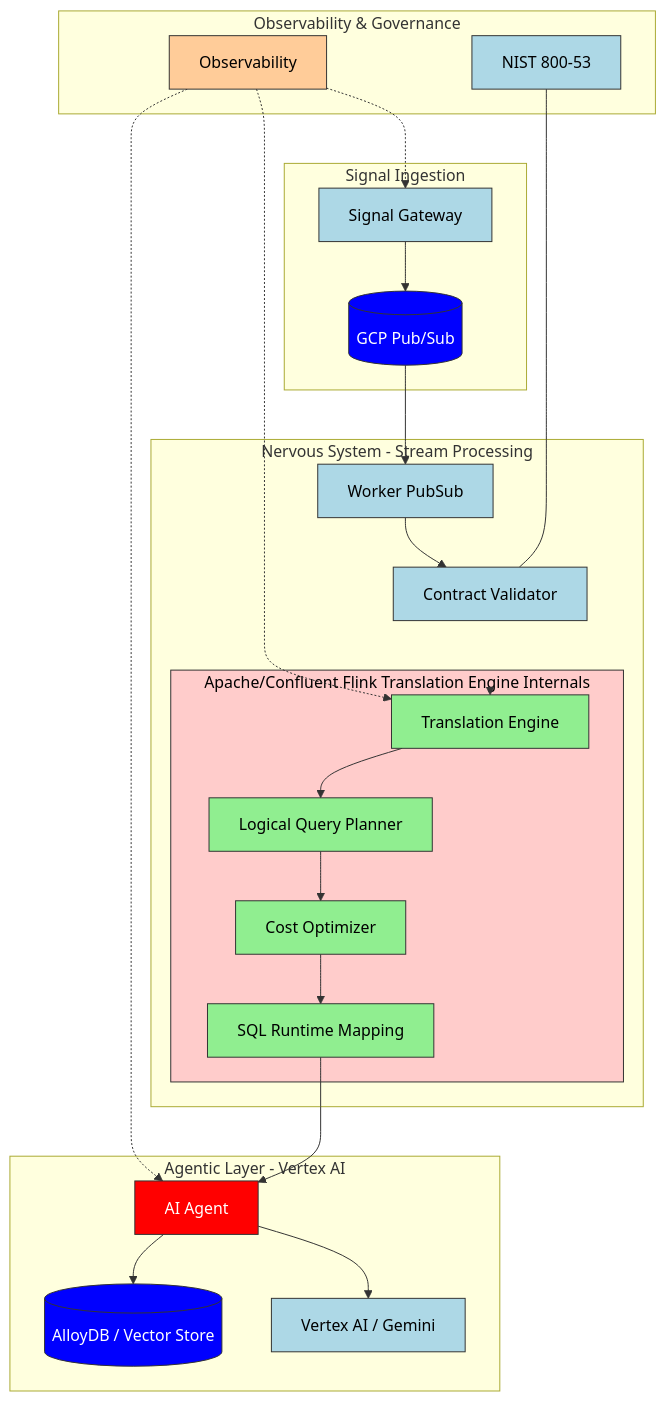
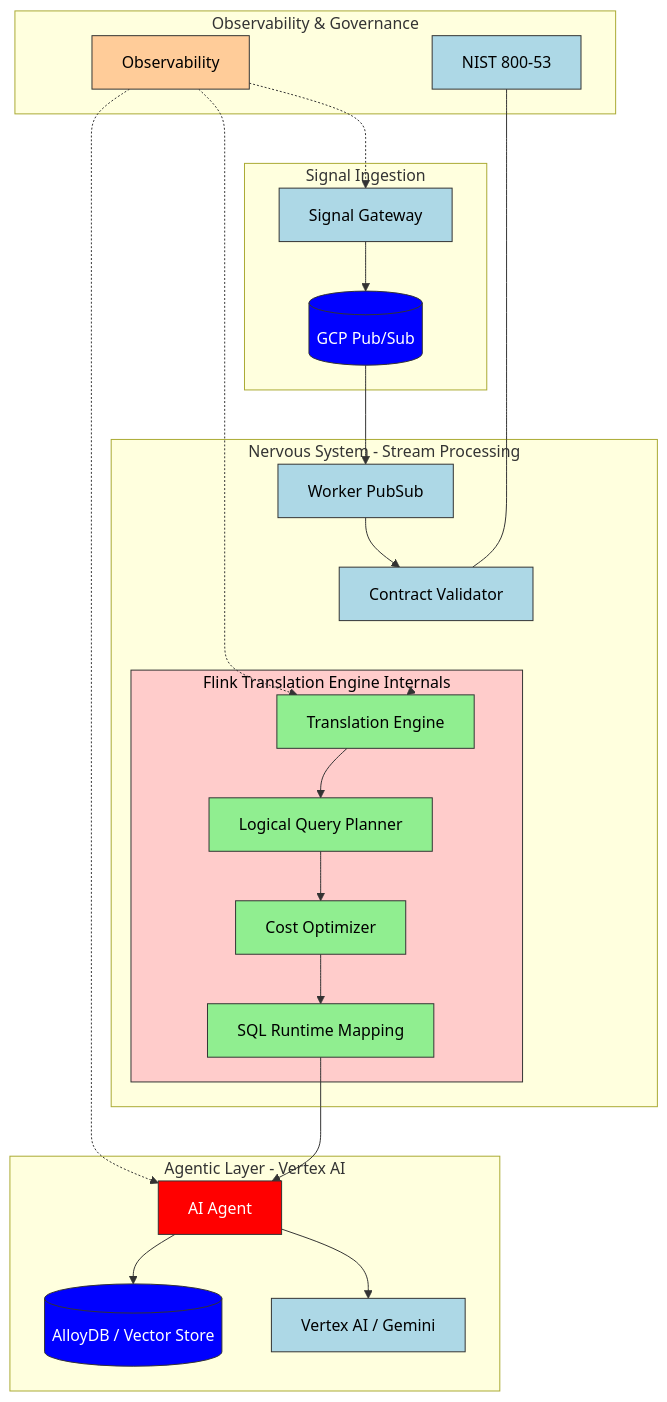
Before and after one commit to siralfbaez/mia-agentic-data-nervous-system-kfg-v3: the diagram in README.md, drawn with Mermaid.

Commit message:
Quick architectural correction

````diff
--- a/README.md
+++ b/README.md
@@ -11,61 +11,58 @@
 ```mermaid
 graph TD
     subgraph SI [Signal Ingestion]
         SG[Signal Gateway] --> PS[(GCP Pub/Sub)]
     end
 
     subgraph NS [Nervous System - Stream Processing]
         PS --> WP[Worker PubSub]
         WP --> CV[Contract Validator]
         CV --> TE[Translation Engine]
         
         %% Invisible spacer to push the subgraph down
-        TE ~~~ spacer[ ]
+            TE ~~~ spacer[ ]
         linkStyle 3 stroke-width:0px;
         style spacer fill:none,stroke:none,color:none
-        TE ~~~ spacer[ ] 
-        subgraph FTI [Apache/Confluent Flink Translation Engine Internals]
-        TE ~~~ spacer[ ] 
-        TE ~~~ spacer[ ] 
-        TE ~~~ spacer[ ] 
+            TE ~~~ spacer[ ] 
+        subgraph FTI [Flink Translation Engine Internals]
             TE --> Planner[Logical Query Planner]
             Planner --> Optimizer[Cost Optimizer]
             Optimizer --> Runtime[SQL Runtime Mapping]
         end
     end
 
     subgraph AL [Agentic Layer - Vertex AI]
         Runtime --> AA[AI Agent]
         AA --> VAI[Vertex AI / Gemini]
         AA --> ADB[(AlloyDB / Vector Store)]
     end
 
     subgraph OG [Observability & Governance]
         Obs[Observability] -.-> SG
         Obs -.-> TE
         Obs -.-> AA
         Compliance[NIST 800-53] --- CV
     end
 
     %% Styling
     style SG fill:#add8e6,stroke:#333,color:#000
     style WP fill:#add8e6,stroke:#333,color:#000
     style CV fill:#add8e6,stroke:#333,color:#000
     style VAI fill:#add8e6,stroke:#333,color:#000
     style Compliance fill:#add8e6,stroke:#333,color:#000
     
     style Obs fill:#ffcc99,stroke:#333,color:#000
     
     style TE fill:#90ee90,stroke:#333,color:#000
     style Planner fill:#90ee90,stroke:#333,color:#000
     style Optimizer fill:#90ee90,stroke:#333,color:#000
     style Runtime fill:#90ee90,stroke:#333,color:#000
     
     style AA fill:#ff0000,stroke:#333,color:#fff
     style PS fill:#0000ff,stroke:#333,color:#fff
     style ADB fill:#0000ff,stroke:#333,color:#fff
 
     style FTI fill:#ffcccb,stroke:#333,color:#000
     
 
 ```
````
